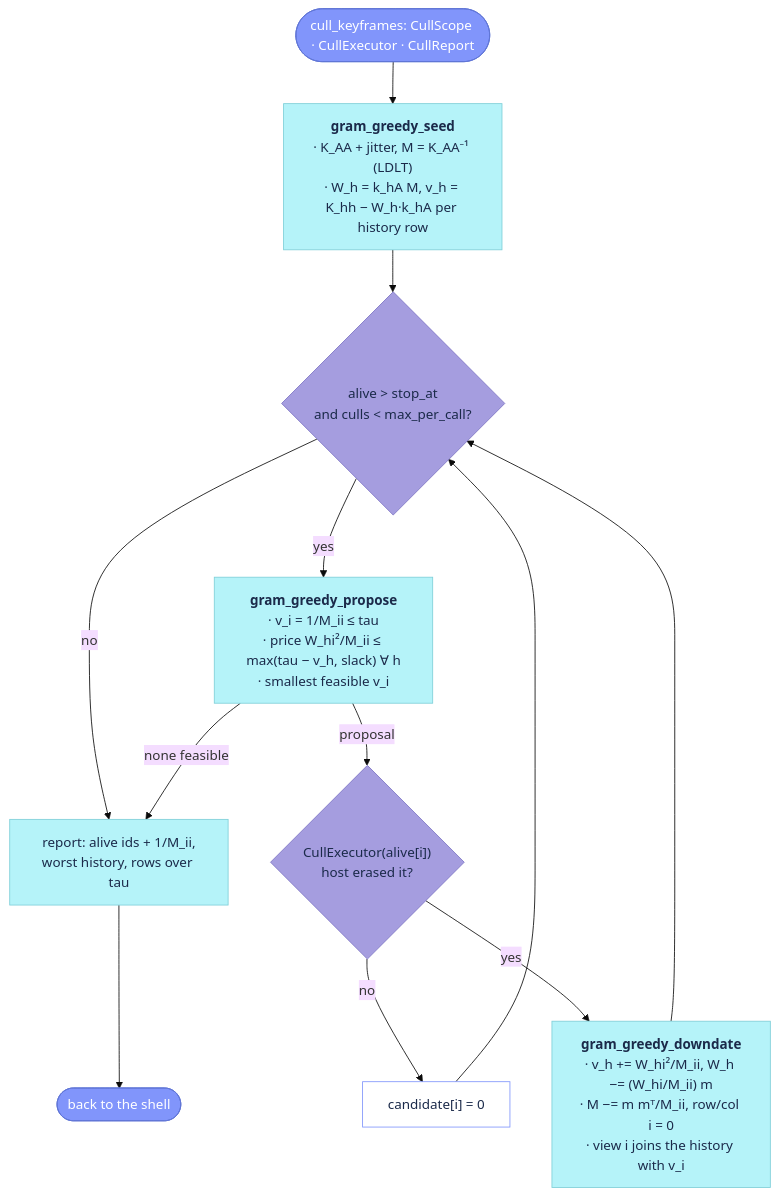
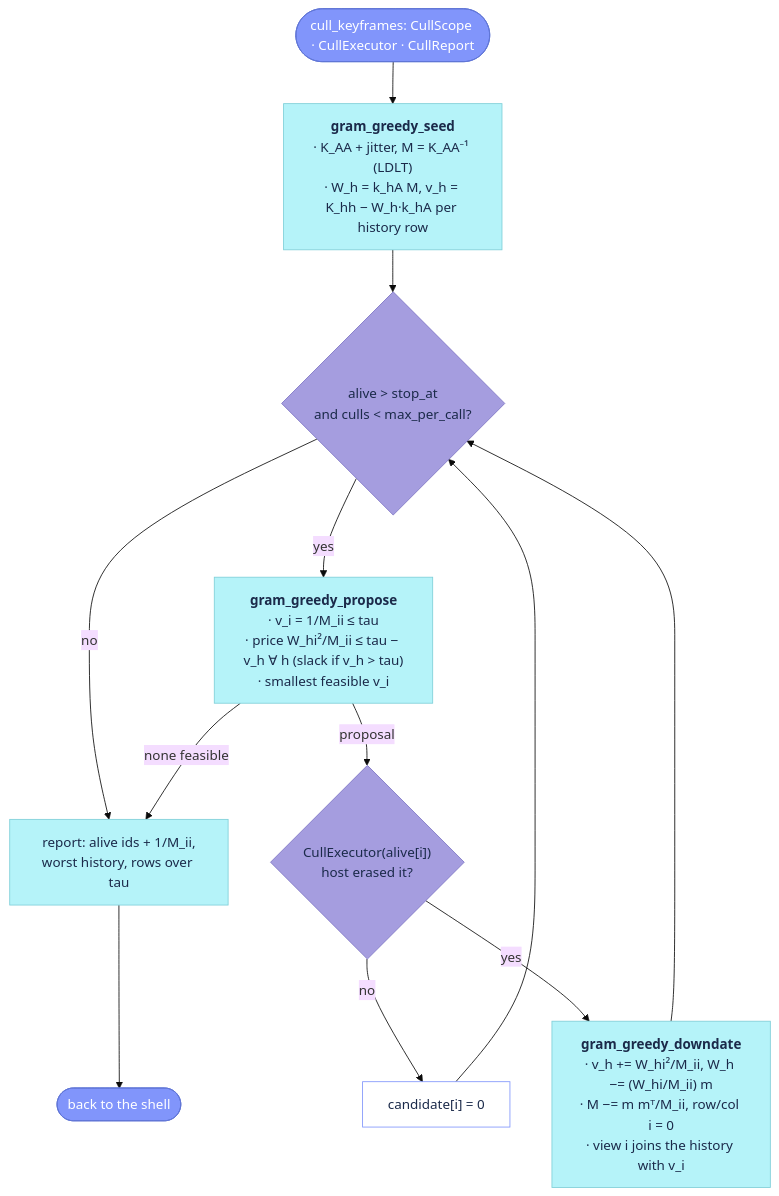
One commit to alejandrofontan/placecell changed the diagram in docs/reference/placecell_gram_greedy.md. Above: the diagram before and after it, drawn with Mermaid (base theme). The commit also changed other lines of this file and 2 other files, not shown here.

First line of the commit message:
Culler: a history row within budget is never raised past tau

````diff
--- a/docs/reference/placecell_gram_greedy.md
+++ b/docs/reference/placecell_gram_greedy.md
@@ -22,28 +22,28 @@
 ```mermaid
 flowchart TD
     SHELL([cull_keyframes: CullScope · CullExecutor · CullReport]) --> SEED["<b>gram_greedy_seed</b><br/>· K_AA + jitter, M = K_AA⁻¹ (LDLT)<br/>· W_h = k_hA M, v_h = K_hh − W_h·k_hA per history row"]
     SEED --> LOOP{alive > stop_at<br/>and culls < max_per_call?}
     LOOP -- no --> REP["report: alive ids + 1/M_ii,<br/>worst history, rows over tau"]
-    LOOP -- yes --> PROP["<b>gram_greedy_propose</b><br/>· v_i = 1/M_ii ≤ tau<br/>· price W_hi²/M_ii ≤ max(tau − v_h, slack) ∀ h<br/>· smallest feasible v_i"]
+    LOOP -- yes --> PROP["<b>gram_greedy_propose</b><br/>· v_i = 1/M_ii ≤ tau<br/>· price W_hi²/M_ii ≤ tau − v_h ∀ h (slack if v_h > tau)<br/>· smallest feasible v_i"]
     PROP -- none feasible --> REP
     PROP -- proposal --> EXEC{"CullExecutor(alive[i])<br/>host erased it?"}
     EXEC -- no --> SKIP["candidate[i] = 0"] --> LOOP
     EXEC -- yes --> DOWN["<b>gram_greedy_downdate</b><br/>· v_h += W_hi²/M_ii, W_h −= (W_hi/M_ii) m<br/>· M −= m mᵀ/M_ii, row/col i = 0<br/>· view i joins the history with v_i"] --> LOOP
     REP --> OUT([back to the shell])
 
     click SEED "#gram_greedy_seed"
     click PROP "#gram_greedy_propose"
     click DOWN "#gram_greedy_downdate"
     click REP "#cull_gram_greedy"
 
     %% VSLAM-LAB logo squares: cyan #b5f3f9, periwinkle #8195fb, lavender #a59ddf
     classDef entry fill:#8195fb,stroke:#5f74d6,color:#fff
     classDef step fill:#b5f3f9,stroke:#7fcfd8,color:#1b2a4a
     classDef check fill:#a59ddf,stroke:#7e75c4,color:#1b2a4a
     classDef cmd fill:#fff,stroke:#8195fb,color:#1b2a4a
 
     class SHELL,OUT entry
     class SEED,PROP,DOWN,REP step
     class LOOP,EXEC check
     class SKIP cmd
 ```
````
